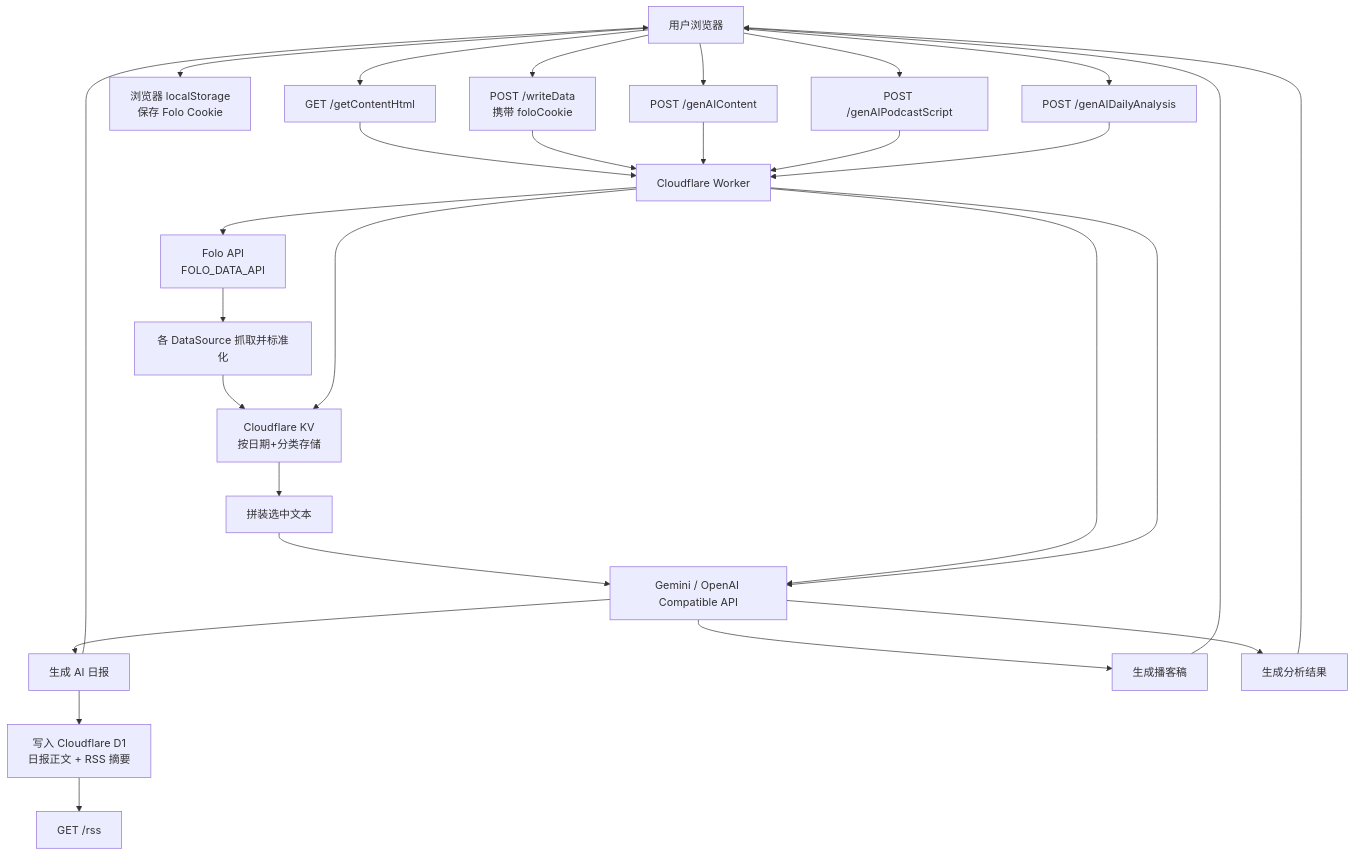
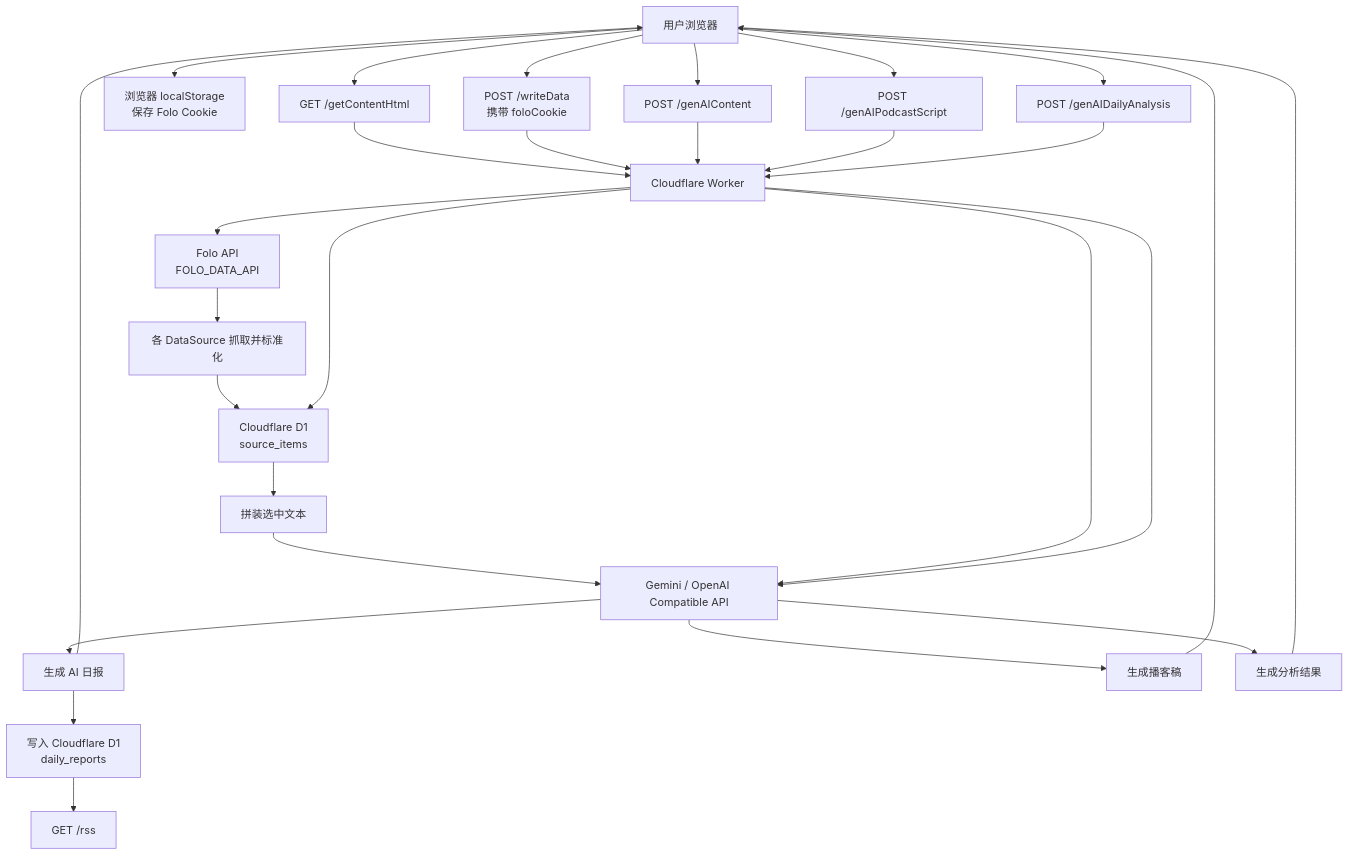
The first of 2 diagrams in docs/DATA_FLOW.md (wenson/CloudFlare-AI-Insight-Daily), drawn with Mermaid before and after one commit. The commit also changed other lines of this file and 23 other files, not shown here.

````diff
--- a/docs/DATA_FLOW.md
+++ b/docs/DATA_FLOW.md
@@ -11,36 +11,36 @@
 ```mermaid
 flowchart TD
     U[用户浏览器] --> A[GET /getContentHtml]
     A --> W[Cloudflare Worker]
 
     U --> B[浏览器 localStorage<br/>保存 Folo Cookie]
     U --> C[POST /writeData<br/>携带 foloCookie]
     C --> W
 
     W --> D1[Folo API<br/>FOLO_DATA_API]
     D1 --> E[各 DataSource 抓取并标准化]
-    E --> F[Cloudflare KV<br/>按日期+分类存储]
+    E --> F[Cloudflare D1<br/>source_items]
 
     U --> G[POST /genAIContent]
     G --> W
     W --> F
     F --> H[拼装选中文本]
     H --> I[Gemini / OpenAI Compatible API]
     I --> J[生成 AI 日报]
     J --> U
 
     U --> K[POST /genAIPodcastScript]
     K --> W
     W --> I
     I --> L[生成播客稿]
     L --> U
 
-    J --> O[写入 Cloudflare D1<br/>日报正文 + RSS 摘要]
+    J --> O[写入 Cloudflare D1<br/>daily_reports]
     O --> P[GET /rss]
 
     U --> M[POST /genAIDailyAnalysis]
     M --> W
     W --> I
     I --> N[生成分析结果]
     N --> U
 ```
````
